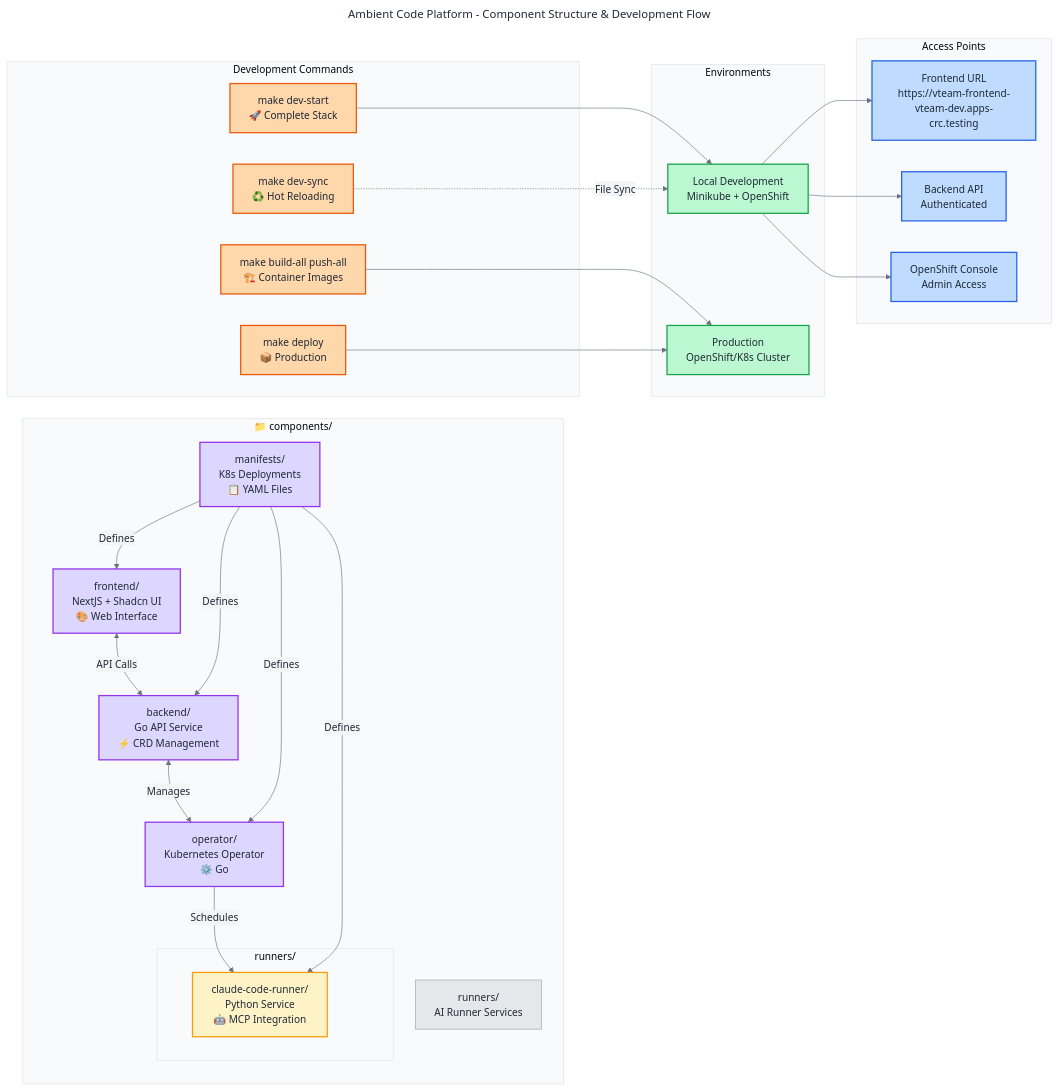
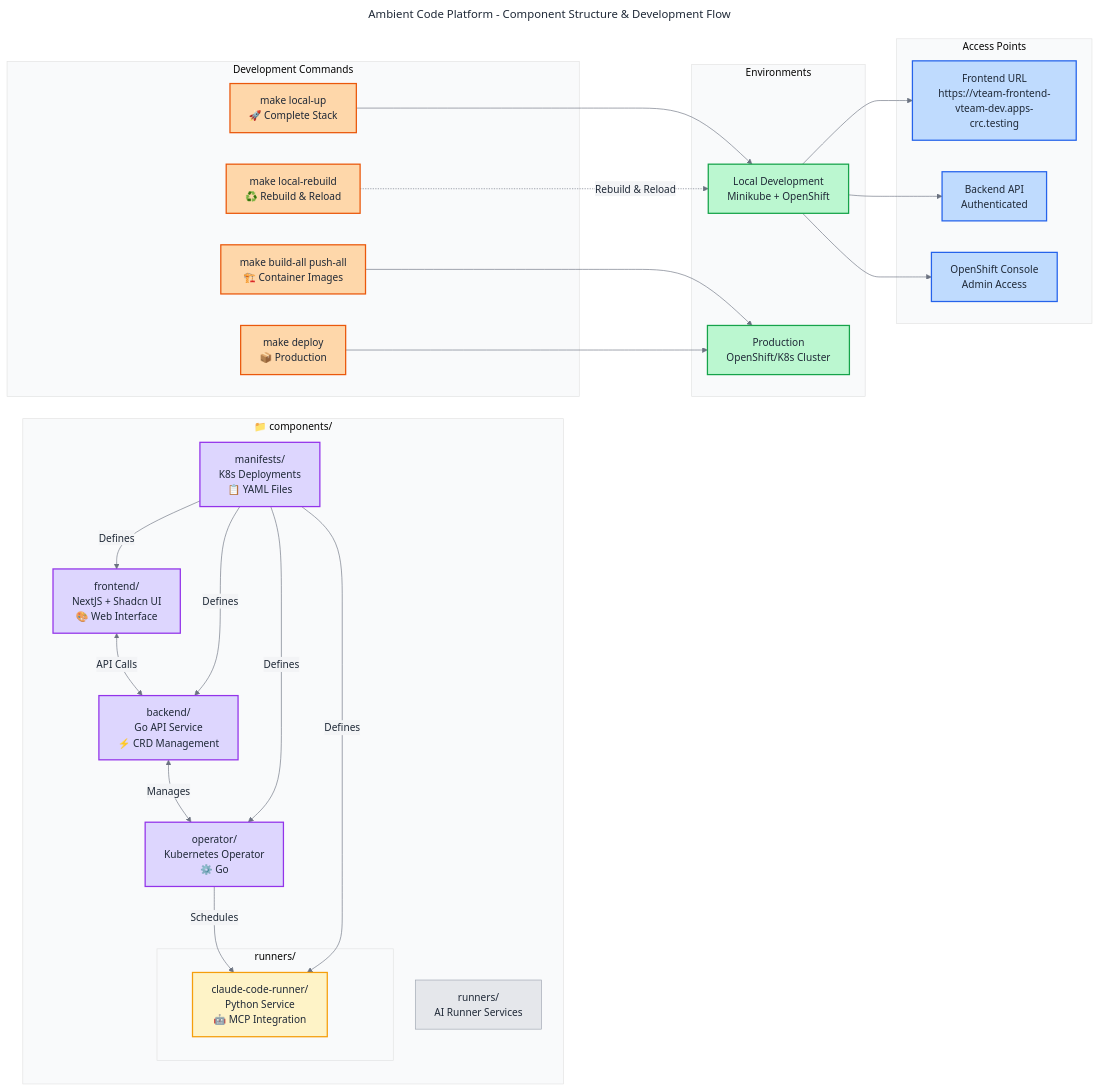
The diagram in docs/internal/architecture/diagrams/component-structure.mmd (ambient-code/platform), drawn with Mermaid before and after one commit. The commit also changed 7 other files, not shown here.

First line of the commit message:
RHOAIENG-51548: fix: replace dev-* Makefile targets with local-*

```diff
--- a/docs/internal/architecture/diagrams/component-structure.mmd
+++ b/docs/internal/architecture/diagrams/component-structure.mmd
@@ -1,69 +1,69 @@
 ---
 title: Ambient Code Platform - Component Structure & Development Flow
 ---
 
 %%{init: {'theme':'base', 'themeVariables': { 'primaryColor': '#e5e7eb', 'primaryTextColor': '#1f2937', 'primaryBorderColor': '#9ca3af', 'lineColor': '#6b7280', 'secondaryColor': '#f3f4f6', 'tertiaryColor': '#f9fafb'}}}%%
 
 graph LR
     subgraph "📁 components/"
         Frontend[frontend/<br/>NextJS + Shadcn UI<br/>🎨 Web Interface]
         Backend[backend/<br/>Go API Service<br/>⚡ CRD Management]
         Operator[operator/<br/>Kubernetes Operator<br/>⚙️ Go]
         Runners[runners/<br/>AI Runner Services]
         Manifests[manifests/<br/>K8s Deployments<br/>📋 YAML Files]
         
         subgraph "runners/"
             ClaudeRunner[claude-code-runner/<br/>Python Service<br/>🤖 MCP Integration]
         end
     end
     
     subgraph "Development Commands"
-        DevStart[make dev-start<br/>🚀 Complete Stack]
-        DevSync[make dev-sync<br/>♻️ Hot Reloading]
+        LocalUp[make local-up<br/>🚀 Complete Stack]
+        LocalRebuild[make local-rebuild<br/>♻️ Rebuild & Reload]
         Deploy[make deploy<br/>📦 Production]
         BuildPush[make build-all push-all<br/>🏗️ Container Images]
     end
     
     subgraph "Environments"
         Local[Local Development<br/>Minikube + OpenShift]
         Prod[Production<br/>OpenShift/K8s Cluster]
     end
     
     subgraph "Access Points"
         FrontendURL[Frontend URL<br/>https://vteam-frontend-vteam-dev.apps-crc.testing]
         BackendAPI[Backend API<br/>Authenticated]
         Console[OpenShift Console<br/>Admin Access]
     end
     
     %% Development flow
-    DevStart --> Local
+    LocalUp --> Local
     Local --> FrontendURL
     Local --> BackendAPI
     Local --> Console
-    DevSync -.->|File Sync| Local
+    LocalRebuild -.->|Rebuild & Reload| Local
     
     %% Production flow
     BuildPush --> Prod
     Deploy --> Prod
     
     %% Component relationships
     Frontend <-->|API Calls| Backend
     Backend <-->|Manages| Operator
     Operator -->|Schedules| ClaudeRunner
     Manifests -->|Defines| Frontend
     Manifests -->|Defines| Backend
     Manifests -->|Defines| Operator
     Manifests -->|Defines| ClaudeRunner
     
     %% Styling
     classDef component fill:#ddd6fe,stroke:#9333ea,stroke-width:2px,color:#1f2937
     classDef command fill:#fed7aa,stroke:#ea580c,stroke-width:2px,color:#1f2937
     classDef env fill:#bbf7d0,stroke:#16a34a,stroke-width:2px,color:#1f2937
     classDef access fill:#bfdbfe,stroke:#2563eb,stroke-width:2px,color:#1f2937
     classDef runner fill:#fef3c7,stroke:#f59e0b,stroke-width:2px,color:#1f2937
     
     class Frontend,Backend,Operator,Manifests component
     class ClaudeRunner runner
-    class DevStart,DevSync,Deploy,BuildPush command
+    class LocalUp,LocalRebuild,Deploy,BuildPush command
     class Local,Prod env
     class FrontendURL,BackendAPI,Console access
```
